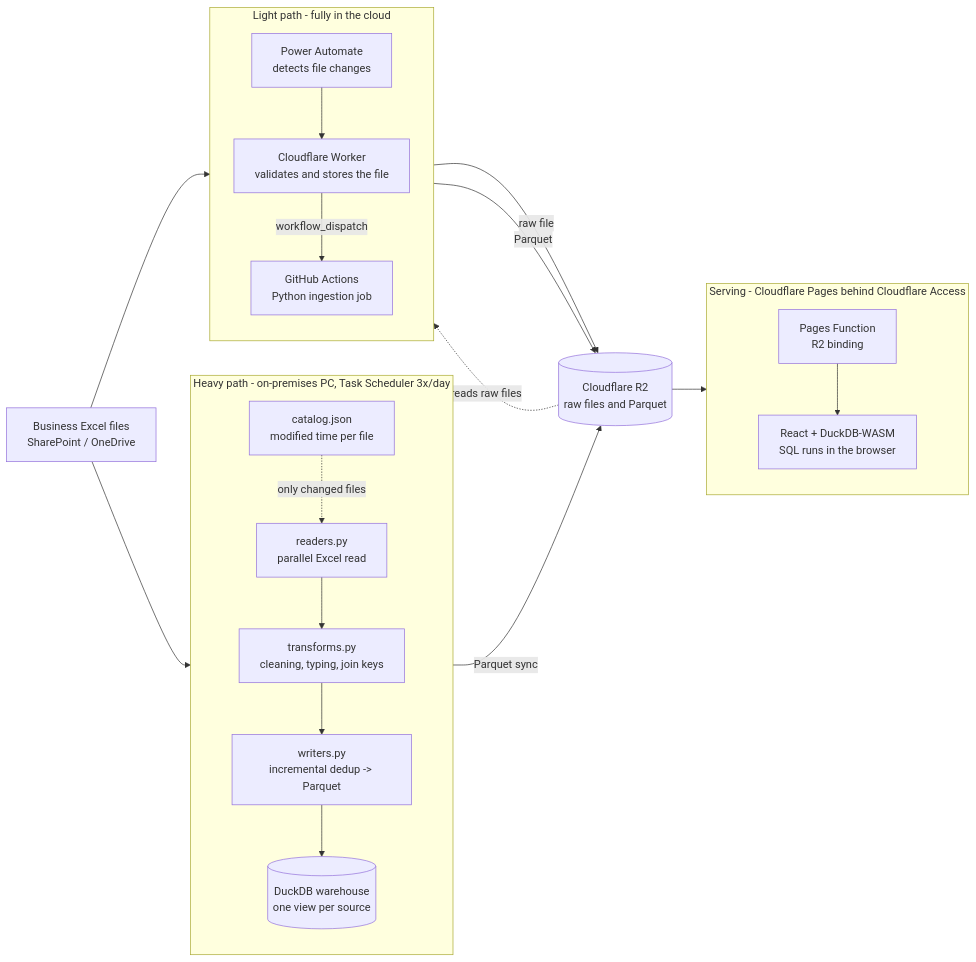
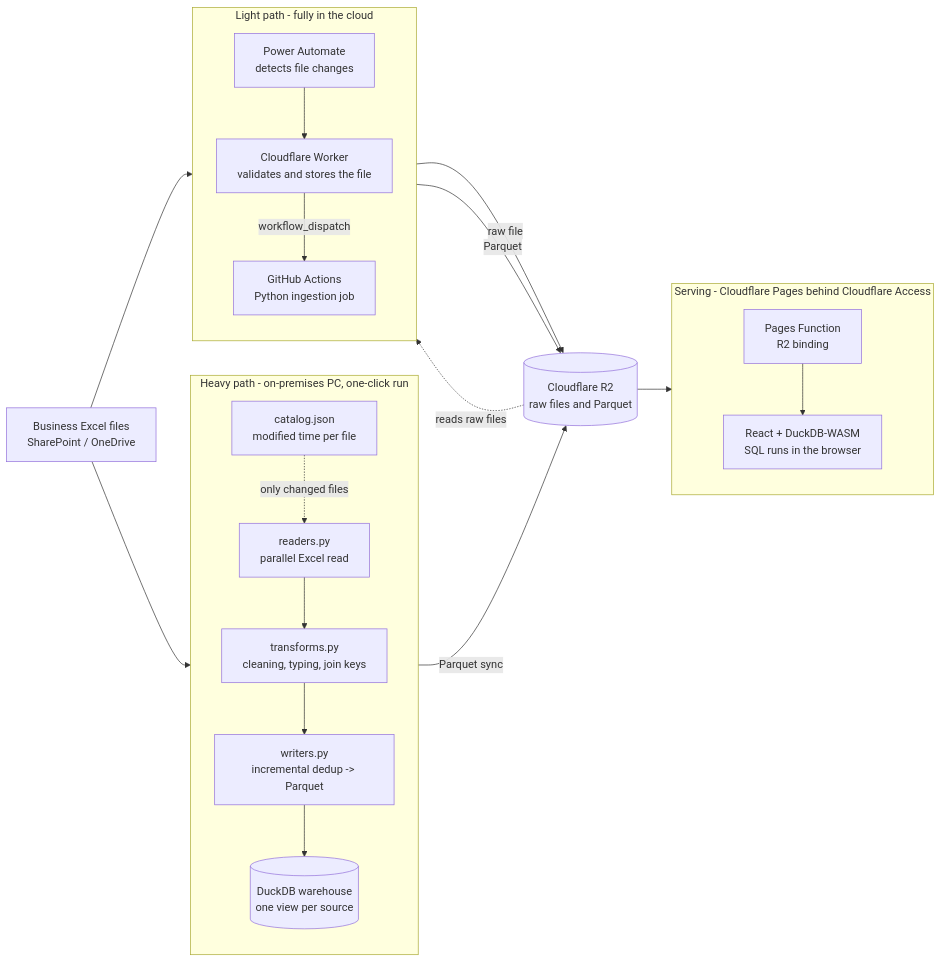
The first of 2 diagrams in docs/project-architecture.md (juanberrio0399/juanberrio0399.github.io), drawn with Mermaid before and after one commit. The commit also changed other lines of this file and 6 other files, not shown here.

````diff
--- a/docs/project-architecture.md
+++ b/docs/project-architecture.md
@@ -19,31 +19,31 @@
 ```mermaid
 flowchart LR
   XL["Business Excel files<br/>SharePoint / OneDrive"]
 
-  subgraph HEAVY["Heavy path - on-premises PC, Task Scheduler 3x/day"]
+  subgraph HEAVY["Heavy path - on-premises PC, one-click run"]
     direction TB
     CAT["catalog.json<br/>modified time per file"] -.->|"only changed files"| RD
     RD["readers.py<br/>parallel Excel read"] --> TR["transforms.py<br/>cleaning, typing, join keys"]
     TR --> WR["writers.py<br/>incremental dedup -> Parquet"]
     WR --> WH[("DuckDB warehouse<br/>one view per source")]
   end
 
   subgraph LIGHT["Light path - fully in the cloud"]
     direction TB
     PA["Power Automate<br/>detects file changes"] --> WK["Cloudflare Worker<br/>validates and stores the file"]
     WK -->|"workflow_dispatch"| GA["GitHub Actions<br/>Python ingestion job"]
   end
 
   XL --> RD
   XL --> PA
   WH -->|"Parquet sync"| R2[("Cloudflare R2<br/>raw files and Parquet")]
   WK -->|"raw file"| R2
   R2 -.->|"reads raw files"| GA
   GA -->|"Parquet"| R2
 
   subgraph SERVE["Serving - Cloudflare Pages behind Cloudflare Access"]
     direction TB
     FN["Pages Function<br/>R2 binding"] --> APP["React + DuckDB-WASM<br/>SQL runs in the browser"]
   end
   R2 --> FN
 ```
````
